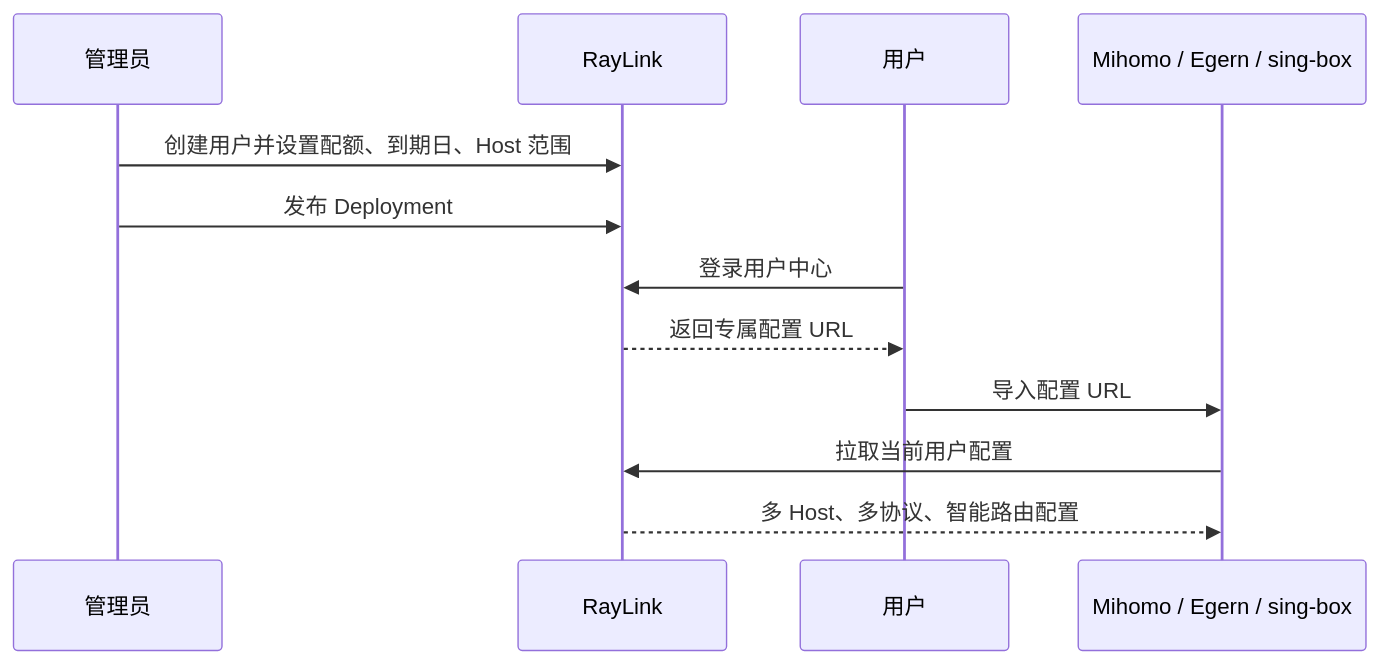
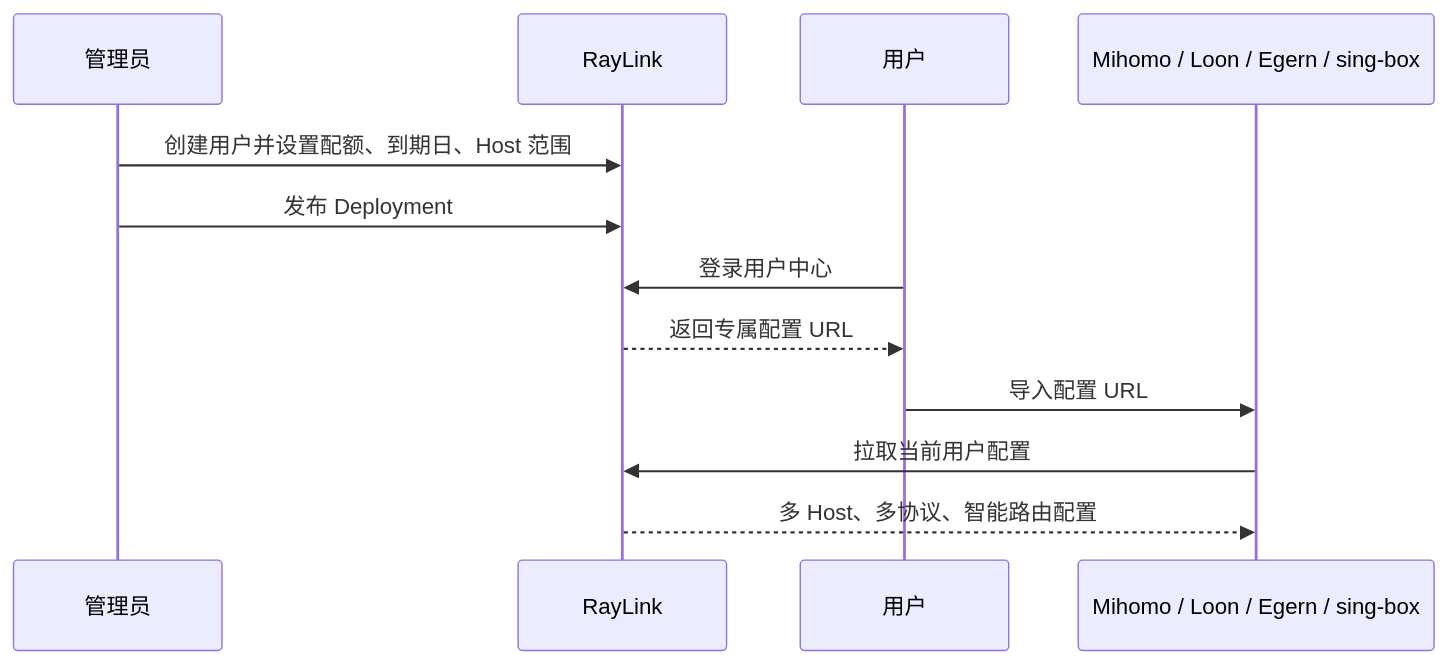
The second of 2 diagrams in README.md (Zanetach/RayLink), drawn with Mermaid before and after one commit. The commit also changed other lines of this file and 16 other files, not shown here.

````diff
--- a/README.md
+++ b/README.md
@@ -140,15 +140,15 @@
 ```mermaid
 sequenceDiagram
   participant A as 管理员
   participant R as RayLink
   participant U as 用户
-  participant C as Mihomo / Egern / sing-box
+  participant C as Mihomo / Loon / Egern / sing-box
 
   A->>R: 创建用户并设置配额、到期日、Host 范围
   A->>R: 发布 Deployment
   U->>R: 登录用户中心
   R-->>U: 返回专属配置 URL
   U->>C: 导入配置 URL
   C->>R: 拉取当前用户配置
   R-->>C: 多 Host、多协议、智能路由配置
 ```
````
